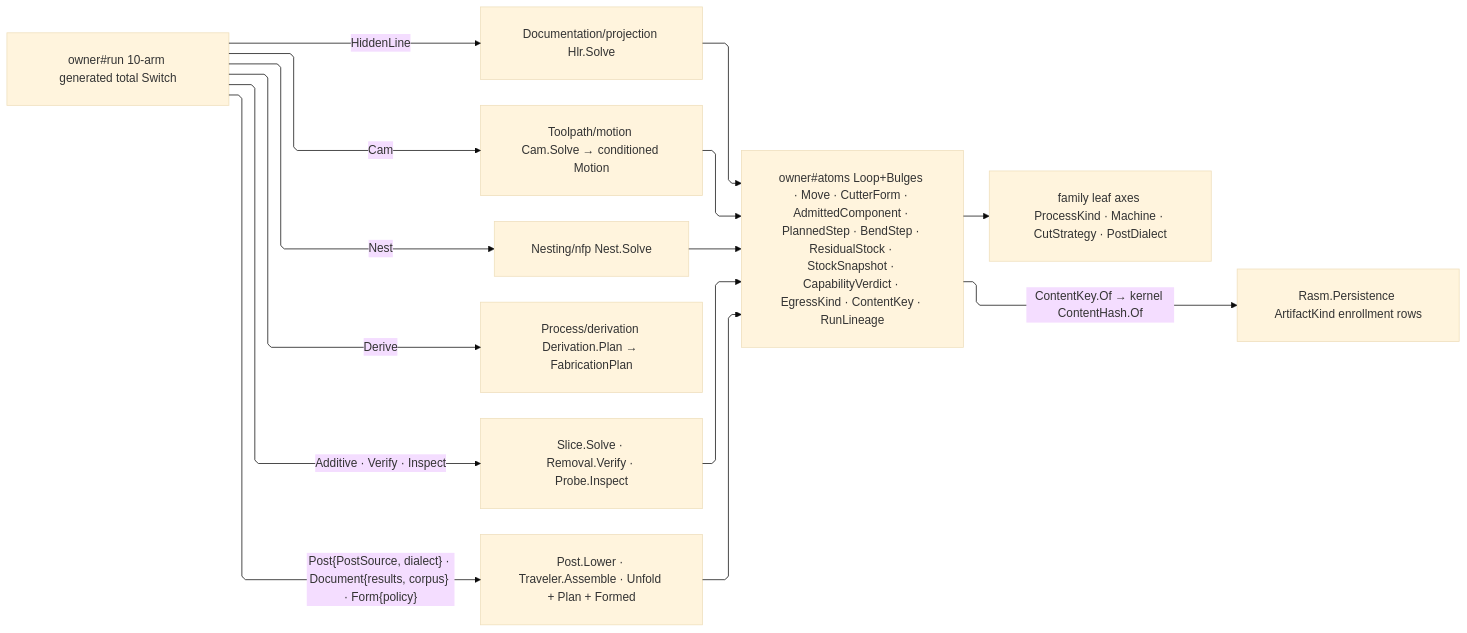
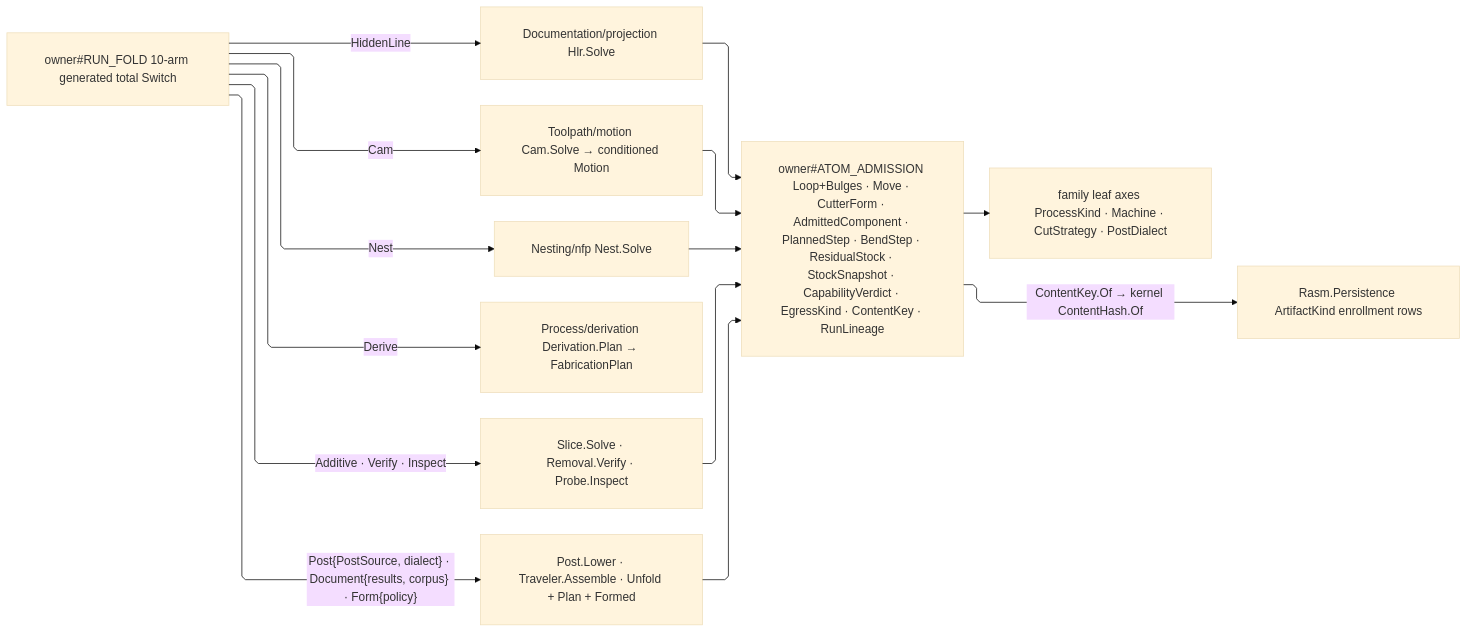
Before and after one commit to bsamiee/Rasm: the diagram in libs/csharp/Rasm.Fabrication/.planning/Process/owner.md, drawn with Mermaid (base theme). The commit also changed 486 other files, not shown here.

````diff
--- a/libs/csharp/Rasm.Fabrication/.planning/Process/owner.md
+++ b/libs/csharp/Rasm.Fabrication/.planning/Process/owner.md
@@ -1790,28 +1790,28 @@
 ```mermaid
 ---
 config:
   layout: elk
   flowchart:
     curve: linear
     padding: 25
 ---
 flowchart LR
     accTitle: Fabrication orchestration fold
     accDescr: One generated run dispatch routes ten policy variants to their plane kernels, folds every result back through shared fabrication atoms, and projects content-keyed persistence facts.
-    Atoms["owner#atoms Loop+Bulges · Move · CutterForm · AdmittedComponent · PlannedStep · BendStep · ResidualStock · StockSnapshot · CapabilityVerdict · EgressKind · ContentKey · RunLineage"]
-    Run["owner#run 10-arm generated total Switch"]
+    Atoms["owner#ATOM_ADMISSION Loop+Bulges · Move · CutterForm · AdmittedComponent · PlannedStep · BendStep · ResidualStock · StockSnapshot · CapabilityVerdict · EgressKind · ContentKey · RunLineage"]
+    Run["owner#RUN_FOLD 10-arm generated total Switch"]
     Family["family leaf axes ProcessKind · Machine · CutStrategy · PostDialect"]
     Run -->|HiddenLine| Hlr["Documentation/projection Hlr.Solve"]
     Run -->|Cam| Cam["Toolpath/motion Cam.Solve → conditioned Motion"]
     Run -->|Nest| Nest["Nesting/nfp Nest.Solve"]
     Run -->|Derive| Derivation["Process/derivation Derivation.Plan → FabricationPlan"]
     Run -->|"Additive · Verify · Inspect"| Planes["Slice.Solve · Removal.Verify · Probe.Inspect"]
     Run -->|"Post{PostSource, dialect} · Document{results, corpus} · Form{policy}"| Egress["Post.Lower · Traveler.Assemble · Unfold + Plan + Formed"]
     Hlr --> Atoms
     Cam --> Atoms
     Nest --> Atoms
     Planes --> Atoms
     Egress --> Atoms
     Atoms --> Family
     Atoms -->|"ContentKey.Of → kernel ContentHash.Of"| Persist["Rasm.Persistence ArtifactKind enrollment rows"]
 ```
````
